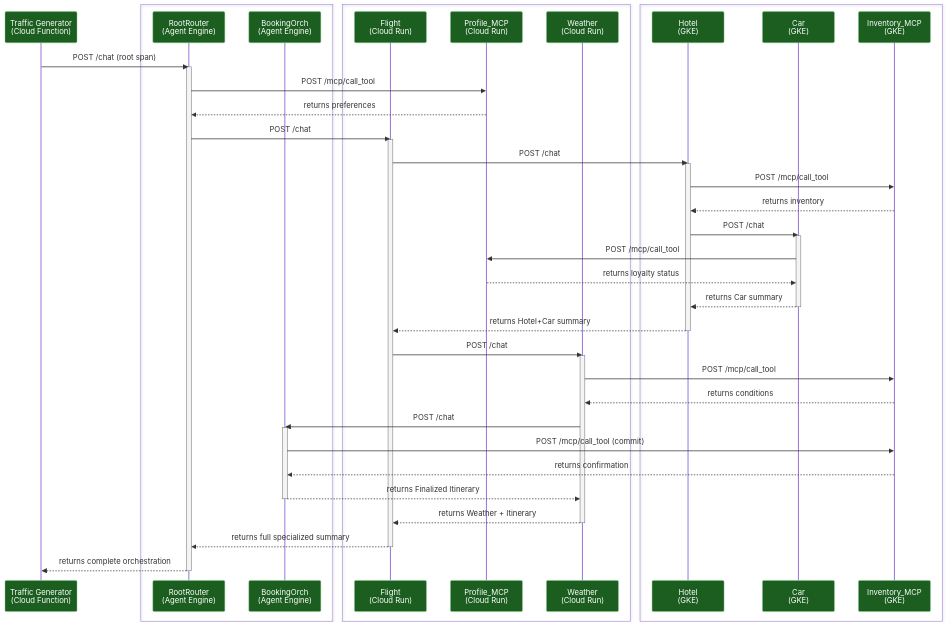
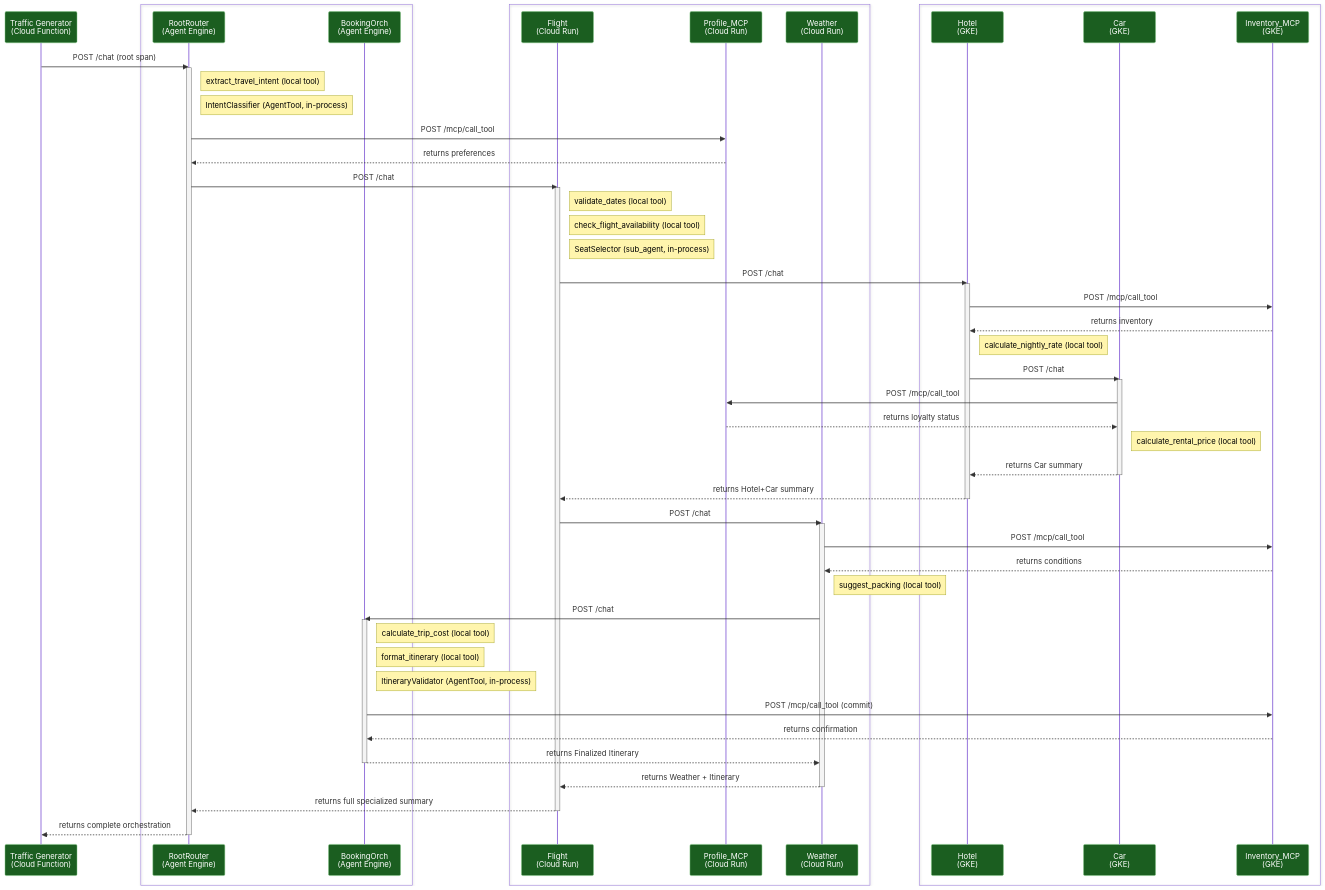
The third of 3 diagrams in README.md (srtux/agent-testbed), drawn with Mermaid before and after one commit. The commit also changed other lines of this file and 7 other files, not shown here.

First line of the commit message:
feat: add local tools, in-process sub-agents, and shared config

````diff
--- a/README.md
+++ b/README.md
@@ -306,67 +320,80 @@
 ```mermaid
 %%{init: { 'themeVariables': { 'actorBkg': '#1b5e20', 'actorBorder': '#81c784', 'actorTextColor': '#ffffff' } } }%%
 sequenceDiagram
     participant TrafficGen as Traffic Generator<br>(Cloud Function)
     
     box #CE93D81A Agent Engine
     participant RootRouter as RootRouter<br>(Agent Engine)
     participant BookingOrchestrator as BookingOrch<br>(Agent Engine)
     end
     
     box #9FA8DA1A Cloud Run
     participant FlightSpecialist as Flight<br>(Cloud Run)
     participant ProfileMCP as Profile_MCP<br>(Cloud Run)
     participant Weather as Weather<br>(Cloud Run)
     end
     
     box #A5D6A71A Google Kubernetes Engine (GKE)
     participant Hotel as Hotel<br>(GKE)
     participant Car as Car<br>(GKE)
     participant InvMCP as Inventory_MCP<br>(GKE)
     end
 
 
     TrafficGen->>RootRouter: POST /chat (root span)
     activate RootRouter
-    
+
+    Note right of RootRouter: extract_travel_intent (local tool)
+    Note right of RootRouter: IntentClassifier (AgentTool, in-process)
+
     RootRouter->>ProfileMCP: POST /mcp/call_tool
     ProfileMCP-->>RootRouter: returns preferences
-    
+
     RootRouter->>FlightSpecialist: POST /chat
     activate FlightSpecialist
-    
+
+    Note right of FlightSpecialist: validate_dates (local tool)
+    Note right of FlightSpecialist: check_flight_availability (local tool)
+    Note right of FlightSpecialist: SeatSelector (sub_agent, in-process)
+
     FlightSpecialist->>Hotel: POST /chat
     activate Hotel
     Hotel->>InvMCP: POST /mcp/call_tool
     InvMCP-->>Hotel: returns inventory
-    
+    Note right of Hotel: calculate_nightly_rate (local tool)
+
     Hotel->>Car: POST /chat
     activate Car
     Car->>ProfileMCP: POST /mcp/call_tool
     ProfileMCP-->>Car: returns loyalty status
+    Note right of Car: calculate_rental_price (local tool)
     Car-->>Hotel: returns Car summary
     deactivate Car
     Hotel-->>FlightSpecialist: returns Hotel+Car summary
     deactivate Hotel
-    
+
     FlightSpecialist->>Weather: POST /chat
     activate Weather
     Weather->>InvMCP: POST /mcp/call_tool
     InvMCP-->>Weather: returns conditions
-    
+    Note right of Weather: suggest_packing (local tool)
+
     Weather->>BookingOrchestrator: POST /chat
     activate BookingOrchestrator
+    Note right of BookingOrchestrator: calculate_trip_cost (local tool)
+    Note right of BookingOrchestrator: format_itinerary (local tool)
+    Note right of BookingOrchestrator: ItineraryValidator (AgentTool, in-process)
     BookingOrchestrator->>InvMCP: POST /mcp/call_tool (commit)
     InvMCP-->>BookingOrchestrator: returns confirmation
     BookingOrchestrator-->>Weather: returns Finalized Itinerary
     deactivate BookingOrchestrator
-    
+
     Weather-->>FlightSpecialist: returns Weather + Itinerary
     deactivate Weather
-    
+
     FlightSpecialist-->>RootRouter: returns full specialized summary
     deactivate FlightSpecialist
-    
+
     RootRouter-->>TrafficGen: returns complete orchestration
     deactivate RootRouter
 ```
````
